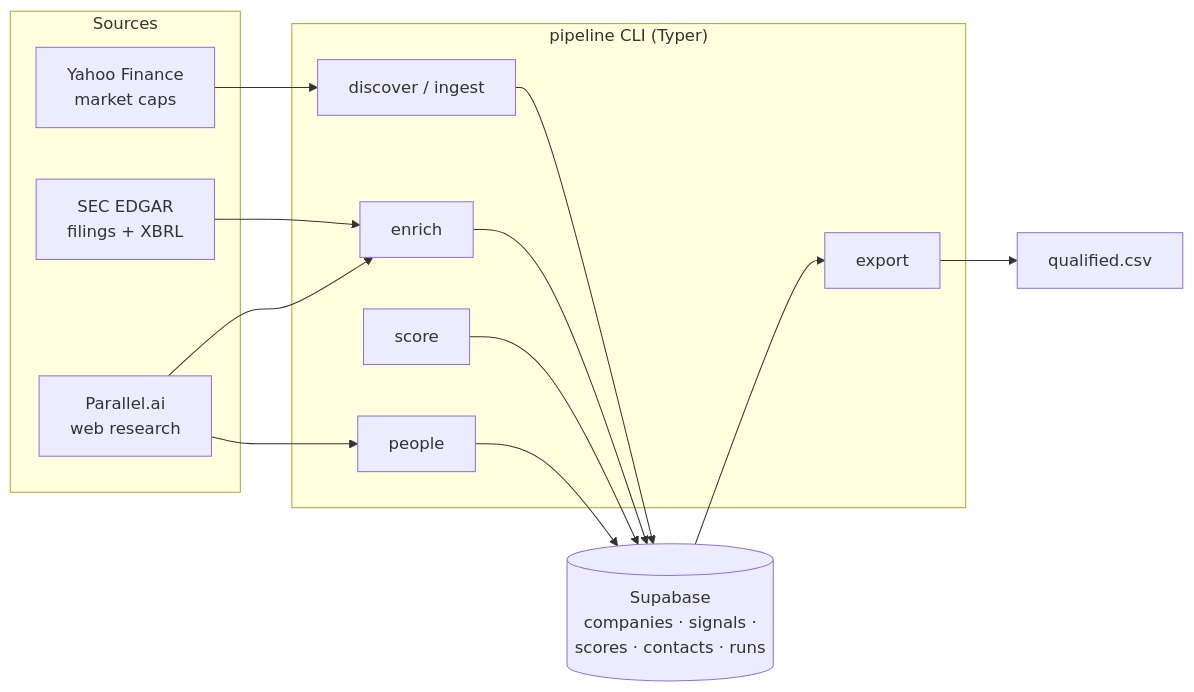
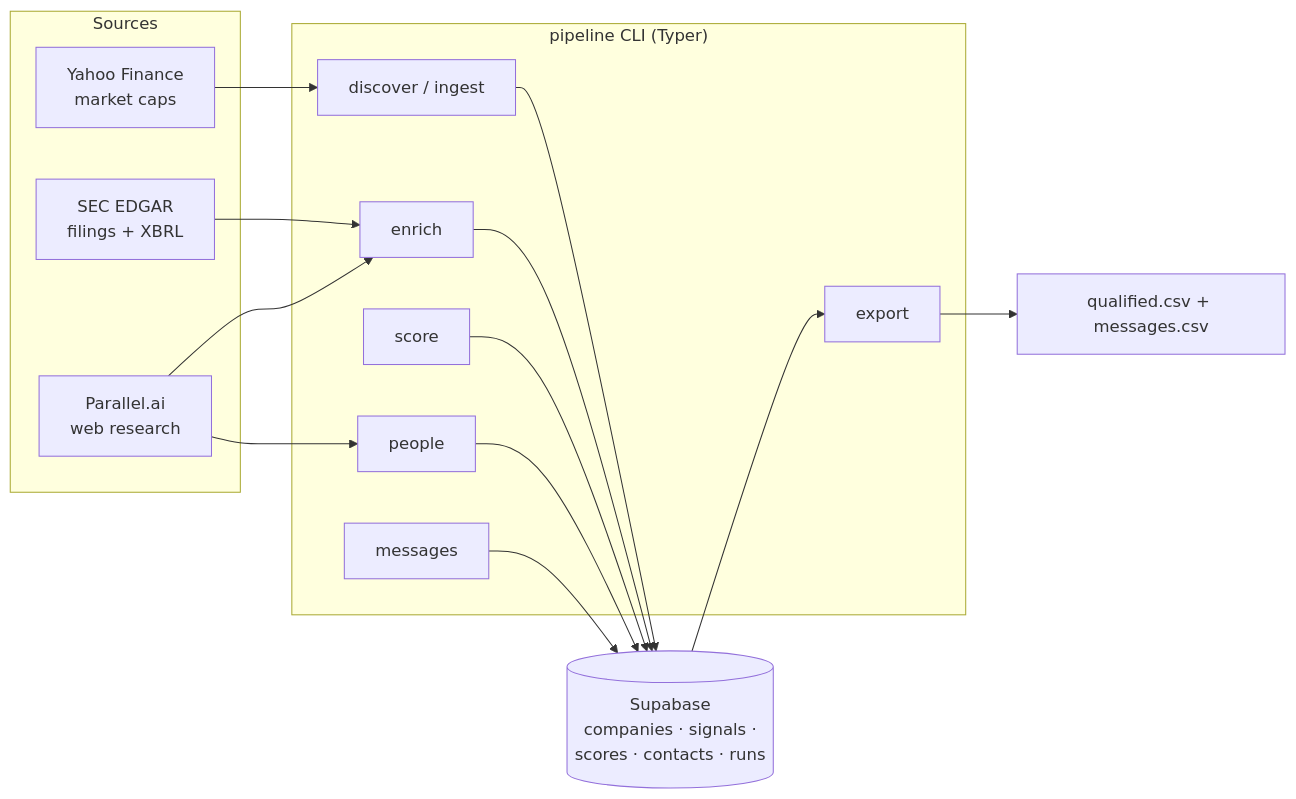
One commit to udaykang-byte/GTM-Public-Traded-AI-Accounts changed the diagram in README.md. Above: the diagram before and after it, drawn with Mermaid. The commit also changed other lines of this file and 5 other files, not shown here.

Commit message:
docs: outreach-messages runbook, architecture, README, CLAUDE.md; one-question rule in copy framework

````diff
--- a/README.md
+++ b/README.md
@@ -23,29 +26,31 @@
 ```mermaid
 flowchart LR
     subgraph Sources
         EDGAR[SEC EDGAR<br/>filings + XBRL]
         PAR[Parallel.ai<br/>web research]
         YF[Yahoo Finance<br/>market caps]
     end
 
     subgraph Pipeline["pipeline CLI (Typer)"]
         DISC[discover / ingest]
         ENR[enrich]
         SCORE[score]
         PEOPLE[people]
+        MSG[messages]
         EXP[export]
     end
 
     DB[(Supabase<br/>companies · signals ·<br/>scores · contacts · runs)]
 
     YF --> DISC
     EDGAR --> ENR
     PAR --> ENR
     PAR --> PEOPLE
     DISC --> DB
     ENR --> DB
     SCORE --> DB
     PEOPLE --> DB
+    MSG --> DB
     DB --> EXP
-    EXP --> CSV[qualified.csv]
+    EXP --> CSV[qualified.csv + messages.csv]
 ```
````
